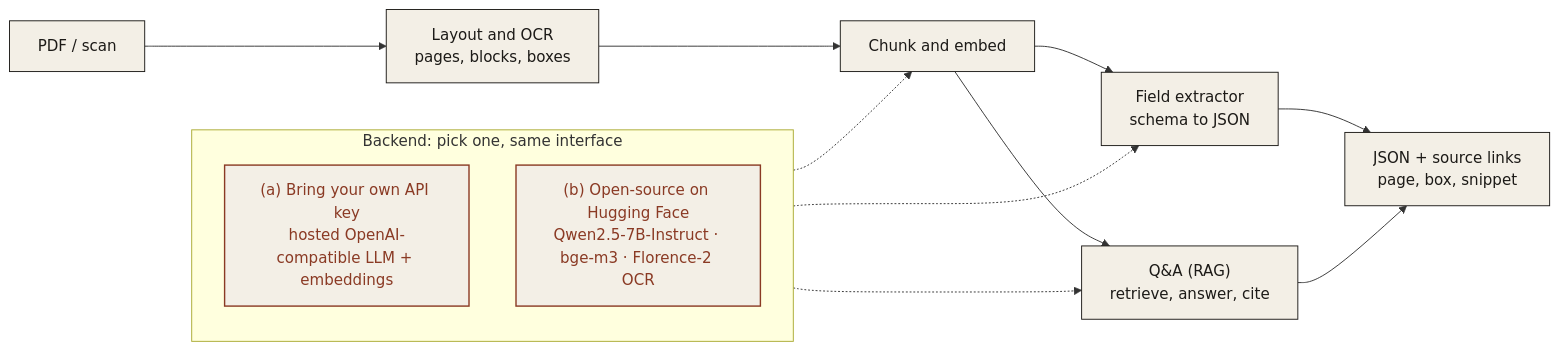
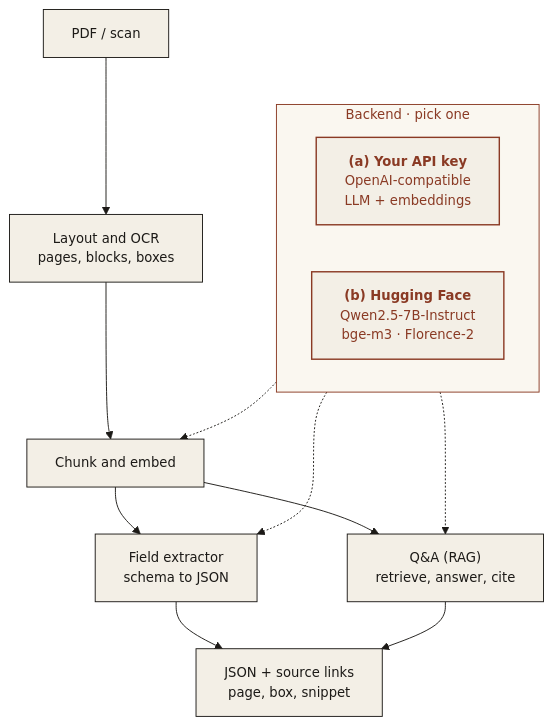
The diagram in README.md (ModelShifts/document-extractor), drawn with Mermaid before and after one commit.

Commit message:
Tidy architecture diagram layout and theme

````diff
--- a/README.md
+++ b/README.md
@@ -26,20 +26,22 @@
 ```mermaid
-flowchart LR
+%%{init: {"theme":"base","flowchart":{"curve":"basis","wrappingWidth":260},"themeVariables":{"fontFamily":"Georgia, Times New Roman, serif","fontSize":"14px","primaryColor":"#f3efe6","primaryTextColor":"#1c1a17","primaryBorderColor":"#1c1a17","lineColor":"#1c1a17","clusterBkg":"#faf7f0","clusterBorder":"#8a3a24","titleColor":"#8a3a24","edgeLabelBackground":"#f3efe6"}}}%%
+flowchart TB
   P["PDF / scan"]:::ink --> L["Layout and OCR<br/>pages, blocks, boxes"]:::ink
   L --> C["Chunk and embed"]:::ink
   C --> X["Field extractor<br/>schema to JSON"]:::ink
   C --> Q["Q&A (RAG)<br/>retrieve, answer, cite"]:::ink
   X --> O["JSON + source links<br/>page, box, snippet"]:::ink
   Q --> O
-  subgraph BK["Backend: pick one, same interface"]
-    direction TB
-    A["(a) Bring your own API key<br/>hosted OpenAI-compatible LLM + embeddings"]:::rust
-    H["(b) Open-source on Hugging Face<br/>Qwen2.5-7B-Instruct · bge-m3 · Florence-2 OCR"]:::rust
+  subgraph BK["Backend · pick one"]
+    direction LR
+    A["<b>(a) Your API key</b><br/>OpenAI-compatible<br/>LLM + embeddings"]:::rust
+    H["<b>(b) Hugging Face</b><br/>Qwen2.5-7B-Instruct<br/>bge-m3 · Florence-2"]:::rust
   end
   BK -.-> X
   BK -.-> Q
   BK -.-> C
 
+  classDef cl fill:#faf7f0,stroke:#8a3a24,stroke-dasharray:4 3,color:#8a3a24;
   classDef ink fill:#f3efe6,stroke:#1c1a17,color:#1c1a17,stroke-width:1px;
   classDef rust fill:#f3efe6,stroke:#8a3a24,color:#8a3a24,stroke-width:1.5px;
 ```
````
